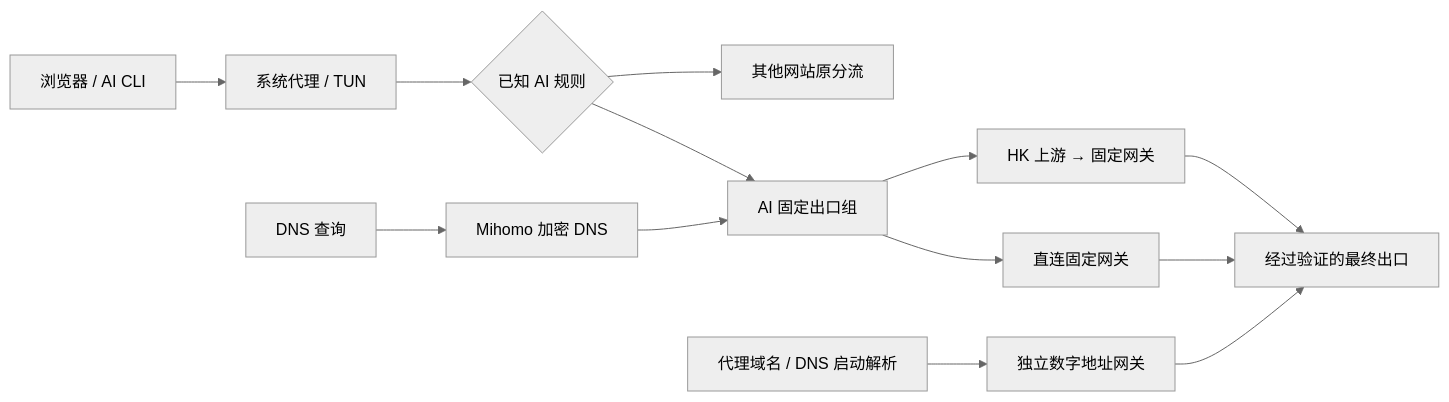
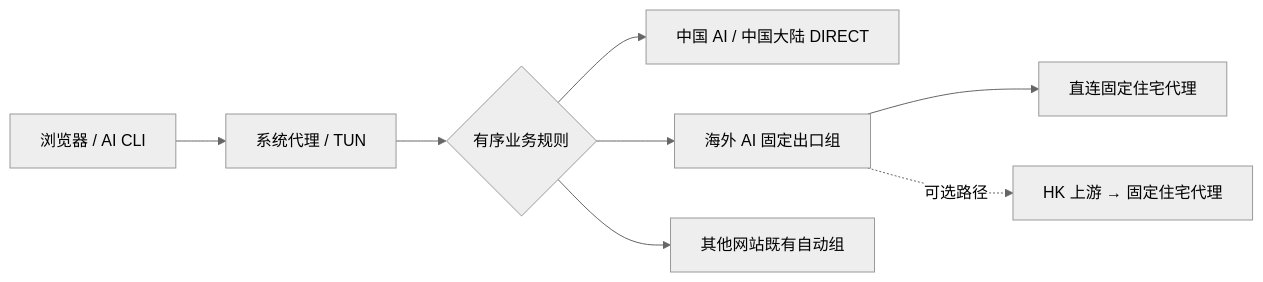
The diagram in README.md (iPythoning/goglobal-infra), drawn with Mermaid (neutral theme) before and after one commit. The commit also changed other lines of this file and 9 other files, not shown here.

````diff
--- a/README.md
+++ b/README.md
@@ -20,15 +30,10 @@
 ```mermaid
 flowchart LR
     A[浏览器 / AI CLI] --> B[系统代理 / TUN]
-    B --> C{已知 AI 规则}
-    C --> D[AI 固定出口组]
-    C --> E[其他网站原分流]
-    D --> F[直连固定网关]
-    D --> G[HK 上游 → 固定网关]
-    F --> H[经过验证的最终出口]
-    G --> H
-    N[DNS 查询] --> M[Mihomo 加密 DNS]
-    M --> D
-    P[代理域名 / DNS 启动解析] --> Q[独立数字地址网关]
-    Q --> H
+    B --> C{有序业务规则}
+    C --> D[中国 AI / 中国大陆 DIRECT]
+    C --> E[海外 AI 固定出口组]
+    C --> F[其他网站既有自动组]
+    E --> G[直连固定住宅代理]
+    E -. 可选路径 .-> H[HK 上游 → 固定住宅代理]
 ```
````
